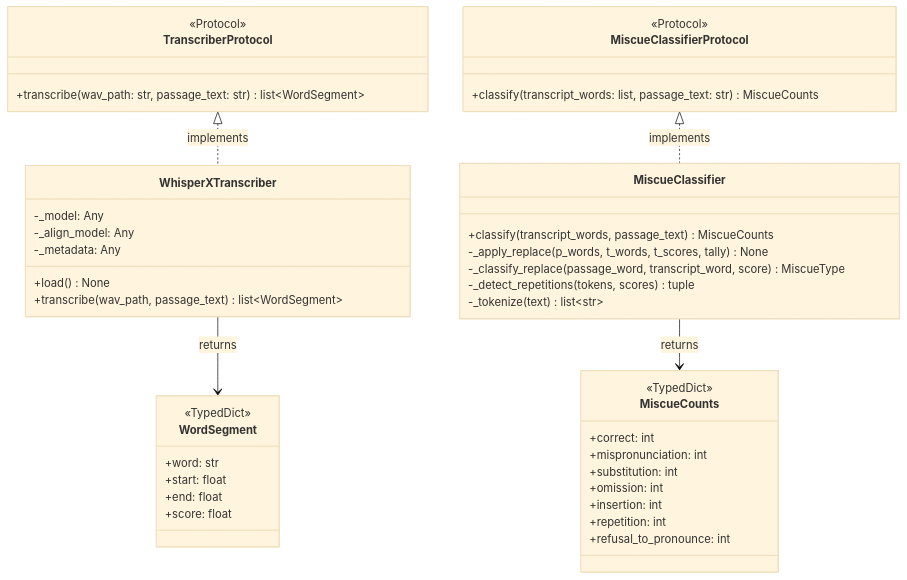
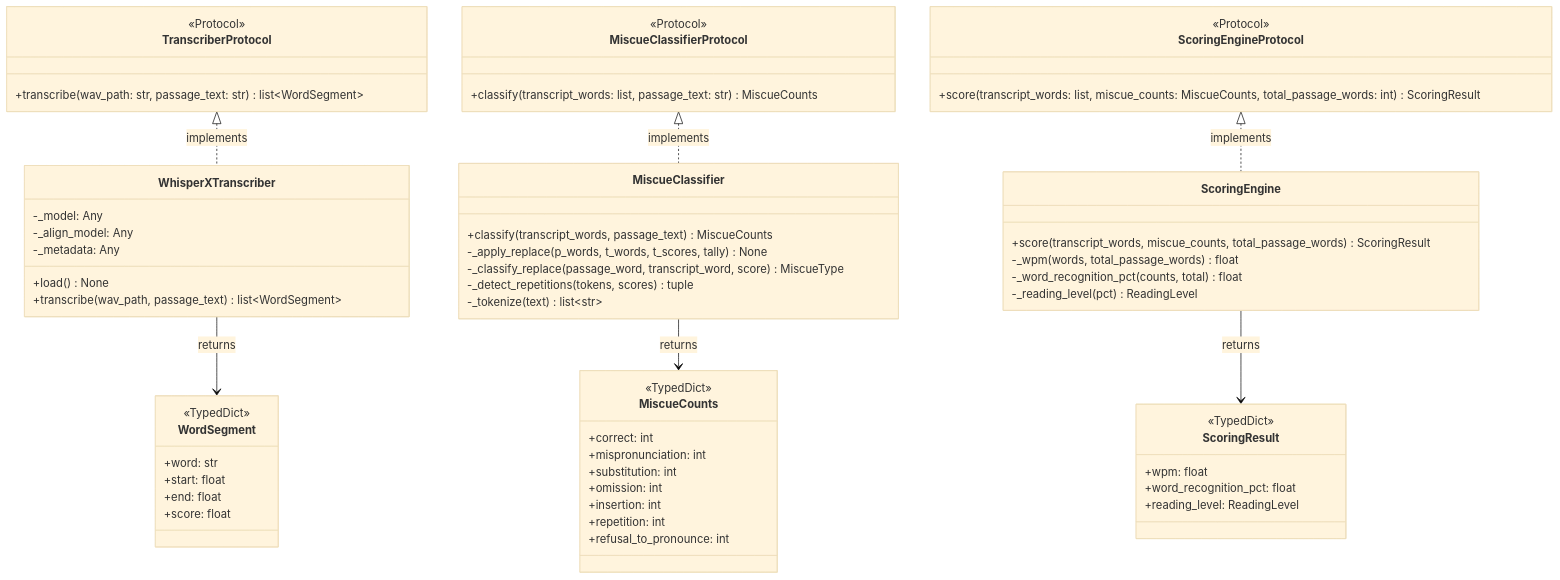
One commit to ChristianNemeno/SE-Module-02 changed the diagram in docs/uml/class/go2-classes.md. Above: the diagram before and after it, drawn with Mermaid (base theme). The commit also changed other lines of this file and 5 other files, not shown here.

Commit message:
docs(go2): add LLD/UML for ScoringEngine, journal RR-023

````diff
--- a/docs/uml/class/go2-classes.md
+++ b/docs/uml/class/go2-classes.md
@@ -3,46 +3,64 @@
 ```mermaid
 classDiagram
     class TranscriberProtocol {
         <<Protocol>>
         +transcribe(wav_path: str, passage_text: str) list~WordSegment~
     }
     class WhisperXTranscriber {
         -_model: Any
         -_align_model: Any
         -_metadata: Any
         +load() None
         +transcribe(wav_path, passage_text) list~WordSegment~
     }
     class WordSegment {
         <<TypedDict>>
         +word: str
         +start: float
         +end: float
         +score: float
     }
     class MiscueClassifierProtocol {
         <<Protocol>>
         +classify(transcript_words: list, passage_text: str) MiscueCounts
     }
     class MiscueClassifier {
         +classify(transcript_words, passage_text) MiscueCounts
         -_apply_replace(p_words, t_words, t_scores, tally) None
         -_classify_replace(passage_word, transcript_word, score) MiscueType
         -_detect_repetitions(tokens, scores) tuple
         -_tokenize(text) list~str~
     }
     class MiscueCounts {
         <<TypedDict>>
         +correct: int
         +mispronunciation: int
         +substitution: int
         +omission: int
         +insertion: int
         +repetition: int
         +refusal_to_pronounce: int
     }
+    class ScoringEngineProtocol {
+        <<Protocol>>
+        +score(transcript_words: list, miscue_counts: MiscueCounts, total_passage_words: int) ScoringResult
+    }
+    class ScoringEngine {
+        +score(transcript_words, miscue_counts, total_passage_words) ScoringResult
+        -_wpm(words, total_passage_words) float
+        -_word_recognition_pct(counts, total) float
+        -_reading_level(pct) ReadingLevel
+    }
+    class ScoringResult {
+        <<TypedDict>>
+        +wpm: float
+        +word_recognition_pct: float
+        +reading_level: ReadingLevel
+    }
     TranscriberProtocol <|.. WhisperXTranscriber : implements
     WhisperXTranscriber --> WordSegment : returns
     MiscueClassifierProtocol <|.. MiscueClassifier : implements
     MiscueClassifier --> MiscueCounts : returns
+    ScoringEngineProtocol <|.. ScoringEngine : implements
+    ScoringEngine --> ScoringResult : returns
 ```
````
